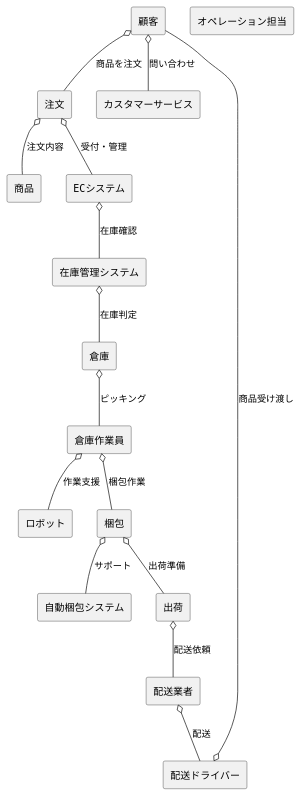
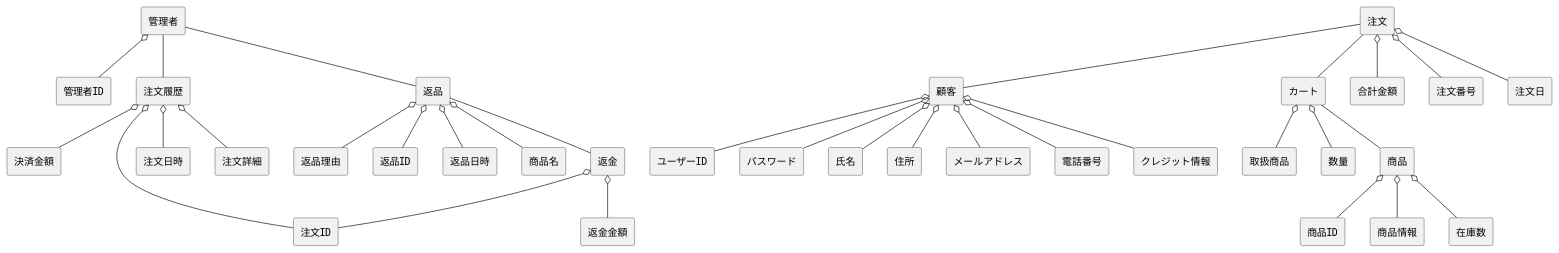
The diagram in group/mail order/domain.pu (YoshinagaSho/ohara_uml), drawn with PlantUML before and after one commit. The commit also changed other lines of this file and 13 other files, not shown here.

```diff
--- a/group/mail order/domain.pu
+++ b/group/mail order/domain.pu
@@ -1,35 +1,47 @@
-@startuml EC通販ドメインモデル
+@startuml bbショップドメインモデル図
 skinparam componentStyle rectangle
 
-[顧客]
-[注文]
-[商品]
-[ECシステム]
-[在庫管理システム]
-[倉庫]
-[倉庫作業員]
-[オペレーション担当]
-[ロボット]
-[梱包]
-[自動梱包システム]
-[出荷]
-[配送業者]
-[配送ドライバー]
-[カスタマーサービス]
+[管理者] o-- [管理者ID] 
+[管理者] -- [注文履歴] 
+[管理者] -- [返品]
+[顧客] o-- [ユーザーID] 
+[顧客] o-- [パスワード] 
+[顧客] o-- [氏名] 
+[顧客] o-- [住所] 
+[顧客] o-- [メールアドレス] 
+[顧客] o-- [電話番号] 
+[顧客] o-- [クレジット情報] 
 
-[顧客] o-- [注文] : 商品を注文
-[注文] o-- [商品] : 注文内容
-[注文] o-- [ECシステム] : 受付・管理
-[ECシステム] o-- [在庫管理システム] : 在庫確認
-[在庫管理システム] o-- [倉庫] : 在庫判定
-[倉庫] o-- [倉庫作業員] : ピッキング
-[倉庫作業員] o-- [ロボット] : 作業支援
-[倉庫作業員] o-- [梱包] : 梱包作業
-[梱包] o-- [自動梱包システム] : サポート
-[梱包] o-- [出荷] : 出荷準備
-[出荷] o-- [配送業者] : 配送依頼
-[配送業者] o-- [配送ドライバー] : 配送
-[配送ドライバー] o-- [顧客] : 商品受け渡し
-[顧客] o-- [カスタマーサービス] : 問い合わせ
+[注文履歴] o-- [決済金額]
+[注文履歴] o-- [注文ID]
+[注文履歴] o-- [注文日時]
+[注文履歴] o-- [注文詳細]
+
+
+[カート] o-- [取扱商品] 
+[カート] o-- [数量] 
+[注文] o-- [合計金額] 
+[カート] -- [商品] 
+[注文] o-- [注文番号] 
+[注文] o-- [注文日] 
+[注文] -- [カート] 
+[注文] -- [顧客] 
+
+[返品] o-- [返品理由]
+[返品] o-- [返品ID]
+[返品] o-- [返品日時]
+[返品] o-- [商品名]
+[返品] -- [返金]
+[商品] o-- [商品ID] 
+[商品] o-- [商品情報] 
+[商品] o-- [在庫数] 
+
+[返金] o-- [返金金額]
+[返金] o-- [注文ID]
+
+
+
+
+
 
 @enduml
```
